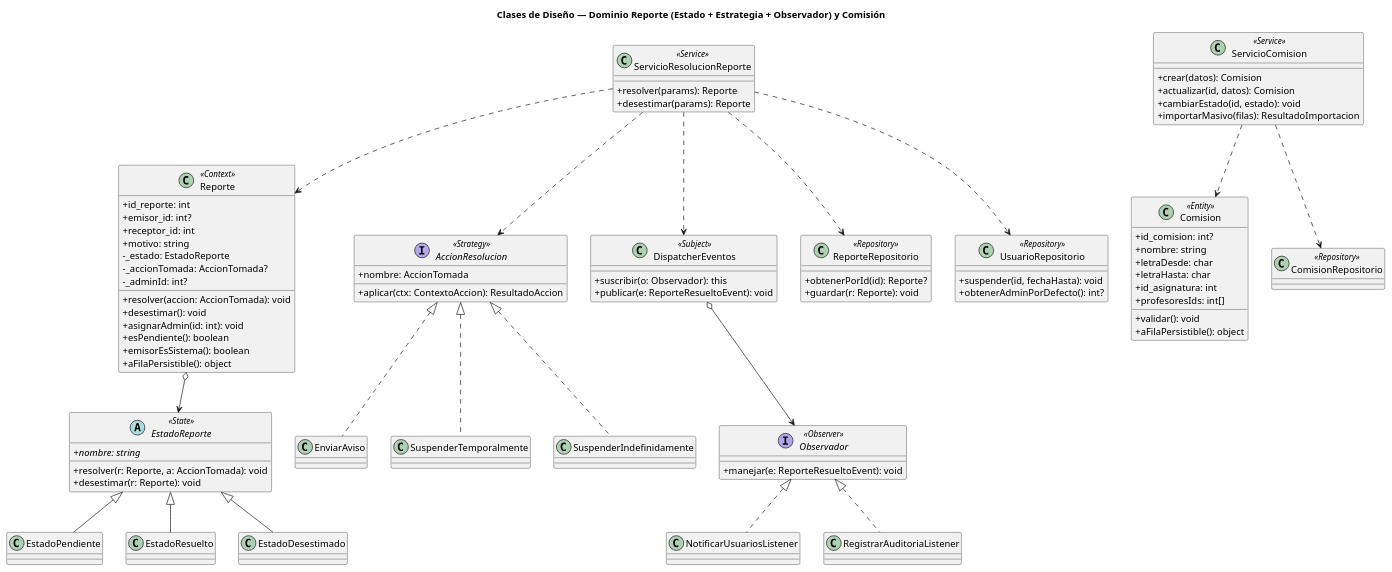
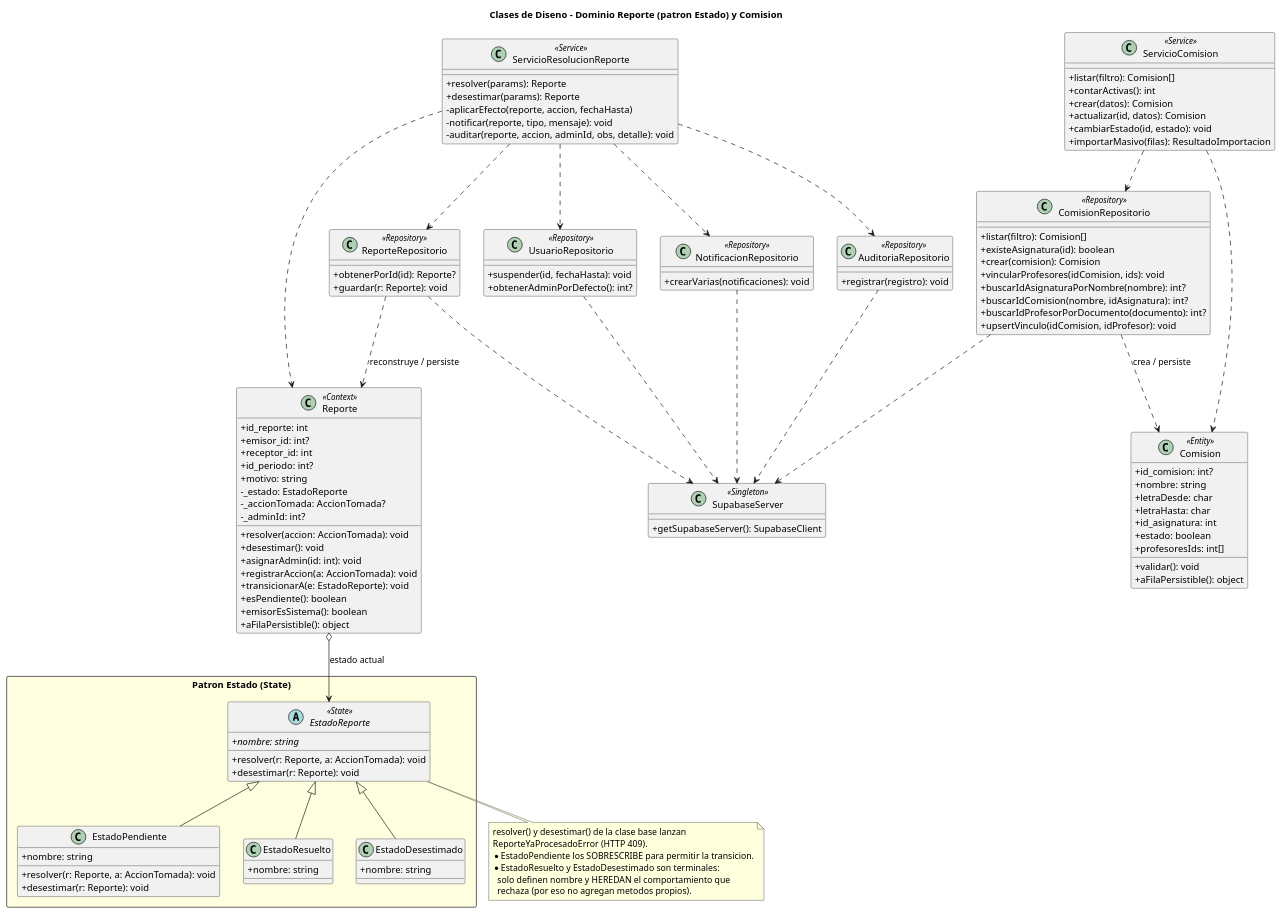
Before and after one commit to SantiagoScetti/sic-unne-admin: the diagram in docs/uml/diagrama_clases.md, drawn with PlantUML. The commit also changed other lines of this file and 49 other files, not shown here.

Commit message:
Código: un solo patrón (Estado), legacy borrado, 38 tests pasando. Diagramas de secuencia DOO + trazabilidad, diagrama de clases con recuadro, mapa del repo, README de tests

````diff
--- a/docs/uml/diagrama_clases.md
+++ b/docs/uml/diagrama_clases.md
@@ -16,13 +16,14 @@
 ```plantuml
 @startuml
 skinparam classAttributeIconSize 0
-title Clases de Diseño — Dominio Reporte (Estado + Estrategia + Observador) y Comisión
+title Clases de Diseno - Dominio Reporte (patron Estado) y Comision
 
-' ───────────── Entidad Reporte (Contexto del patrón Estado) ─────────────
+' ───────────── Entidad Reporte (Contexto del patron Estado) ─────────────
 class Reporte <<Context>> {
   + id_reporte: int
   + emisor_id: int?
   + receptor_id: int
+  + id_periodo: int?
   + motivo: string
   - _estado: EstadoReporte
   - _accionTomada: AccionTomada?
@@ -30,61 +31,56 @@
   + resolver(accion: AccionTomada): void
   + desestimar(): void
   + asignarAdmin(id: int): void
+  + registrarAccion(a: AccionTomada): void
+  + transicionarA(e: EstadoReporte): void
   + esPendiente(): boolean
   + emisorEsSistema(): boolean
   + aFilaPersistible(): object
 }
 
-' ───────────── PATRÓN ESTADO ─────────────
-abstract class EstadoReporte <<State>> {
-  + {abstract} nombre: string
-  + resolver(r: Reporte, a: AccionTomada): void
-  + desestimar(r: Reporte): void
+' ═════════ PATRON DE DISENO IMPLEMENTADO: ESTADO (marcado con recuadro) ═════════
+package "Patron Estado (State)" <<Rectangle>> #LightYellow {
+  abstract class EstadoReporte <<State>> {
+    + {abstract} nombre: string
+    + resolver(r: Reporte, a: AccionTomada): void
+    + desestimar(r: Reporte): void
+  }
+  class EstadoPendiente {
+    + nombre: string
+    + resolver(r: Reporte, a: AccionTomada): void
+    + desestimar(r: Reporte): void
+  }
+  class EstadoResuelto {
+    + nombre: string
+  }
+  class EstadoDesestimado {
+    + nombre: string
+  }
+  EstadoReporte <|-- EstadoPendiente
+  EstadoReporte <|-- EstadoResuelto
+  EstadoReporte <|-- EstadoDesestimado
 }
-class EstadoPendiente
-class EstadoResuelto
-class EstadoDesestimado
-EstadoReporte <|-- EstadoPendiente
-EstadoReporte <|-- EstadoResuelto
-EstadoReporte <|-- EstadoDesestimado
-Reporte o--> EstadoReporte
+Reporte o--> EstadoReporte : estado actual
 
-' ───────────── PATRÓN ESTRATEGIA ─────────────
-interface AccionResolucion <<Strategy>> {
-  + nombre: AccionTomada
-  + aplicar(ctx: ContextoAccion): ResultadoAccion
-}
-class EnviarAviso
-class SuspenderTemporalmente
-class SuspenderIndefinidamente
-AccionResolucion <|.. EnviarAviso
-AccionResolucion <|.. SuspenderTemporalmente
-AccionResolucion <|.. SuspenderIndefinidamente
+note bottom of EstadoReporte
+  resolver() y desestimar() de la clase base lanzan
+  ReporteYaProcesadoError (HTTP 409).
+  * EstadoPendiente los SOBRESCRIBE para permitir la transicion.
+  * EstadoResuelto y EstadoDesestimado son terminales:
+    solo definen nombre y HEREDAN el comportamiento que
+    rechaza (por eso no agregan metodos propios).
+end note
 
-' ───────────── PATRÓN OBSERVADOR ─────────────
-class DispatcherEventos <<Subject>> {
-  + suscribir(o: Observador): this
-  + publicar(e: ReporteResueltoEvent): void
-}
-interface Observador <<Observer>> {
-  + manejar(e: ReporteResueltoEvent): void
-}
-class NotificarUsuariosListener
-class RegistrarAuditoriaListener
-Observador <|.. NotificarUsuariosListener
-Observador <|.. RegistrarAuditoriaListener
-DispatcherEventos o--> Observador
-
-' ───────────── Servicio de aplicación (coordina los 3 patrones) ─────────────
+' ───────────── Servicio de aplicacion (ORQUESTADOR: delega, no ejecuta) ─────────────
 class ServicioResolucionReporte <<Service>> {
   + resolver(params): Reporte
   + desestimar(params): Reporte
+  - aplicarEfecto(reporte, accion, fechaHasta)
+  - notificar(reporte, tipo, mensaje): void
+  - auditar(reporte, accion, adminId, obs, detalle): void
 }
-ServicioResolucionReporte ..> Reporte
-ServicioResolucionReporte ..> AccionResolucion
-ServicioResolucionReporte ..> DispatcherEventos
 
-' ───────────── Repositorios (infraestructura) ─────────────
+' ───────────── Repositorios (persistencia) ─────────────
 class ReporteRepositorio <<Repository>> {
   + obtenerPorId(id): Reporte?
   + guardar(r: Reporte): void
@@ -93,28 +89,66 @@
   + suspender(id, fechaHasta): void
   + obtenerAdminPorDefecto(): int?
 }
-ServicioResolucionReporte ..> ReporteRepositorio
-ServicioResolucionReporte ..> UsuarioRepositorio
+class NotificacionRepositorio <<Repository>> {
+  + crearVarias(notificaciones): void
+}
+class AuditoriaRepositorio <<Repository>> {
+  + registrar(registro): void
+}
 
-' ───────────── Dominio Comisión (sin patrones especiales) ─────────────
+' ───────────── Dominio Comision (entidad + servicio + repositorio) ─────────────
 class Comision <<Entity>> {
   + id_comision: int?
   + nombre: string
   + letraDesde: char
   + letraHasta: char
   + id_asignatura: int
+  + estado: boolean
   + profesoresIds: int[]
   + validar(): void
   + aFilaPersistible(): object
 }
 class ServicioComision <<Service>> {
+  + listar(filtro): Comision[]
+  + contarActivas(): int
   + crear(datos): Comision
   + actualizar(id, datos): Comision
   + cambiarEstado(id, estado): void
   + importarMasivo(filas): ResultadoImportacion
 }
-class ComisionRepositorio <<Repository>>
+class ComisionRepositorio <<Repository>> {
+  + listar(filtro): Comision[]
+  + existeAsignatura(id): boolean
+  + crear(comision): Comision
+  + vincularProfesores(idComision, ids): void
+  + buscarIdAsignaturaPorNombre(nombre): int?
+  + buscarIdComision(nombre, idAsignatura): int?
+  + buscarIdProfesorPorDocumento(documento): int?
+  + upsertVinculo(idComision, idProfesor): void
+}
+
+' ───────────── Infraestructura compartida (PATRON SINGLETON) ─────────────
+class SupabaseServer <<Singleton>> {
+  + getSupabaseServer(): SupabaseClient
+}
+
+' ═════════ Relaciones (SOLO las que existen de verdad en el codigo) ═════════
+ServicioResolucionReporte ..> Reporte
+ServicioResolucionReporte ..> ReporteRepositorio
+ServicioResolucionReporte ..> UsuarioRepositorio
+ServicioResolucionReporte ..> NotificacionRepositorio
+ServicioResolucionReporte ..> AuditoriaRepositorio
+ReporteRepositorio ..> Reporte : reconstruye / persiste
+
 ServicioComision ..> Comision
 ServicioComision ..> ComisionRepositorio
+ComisionRepositorio ..> Comision : crea / persiste
+
+' Todos los repositorios comparten la MISMA instancia (Singleton) -> conecta el grafo
+ReporteRepositorio ..> SupabaseServer
+UsuarioRepositorio ..> SupabaseServer
+NotificacionRepositorio ..> SupabaseServer
+AuditoriaRepositorio ..> SupabaseServer
+ComisionRepositorio ..> SupabaseServer
 @enduml
 ```
````
